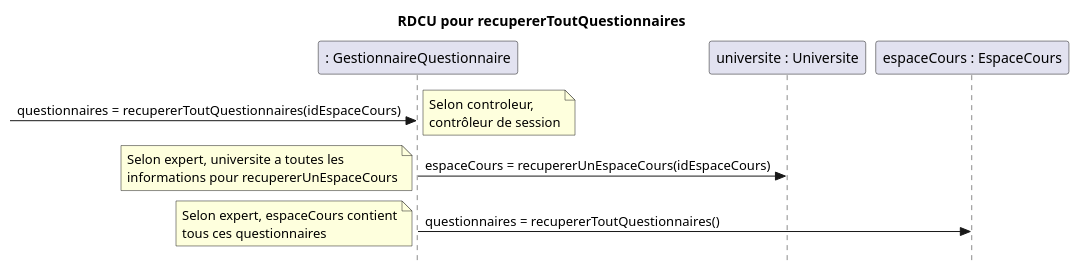
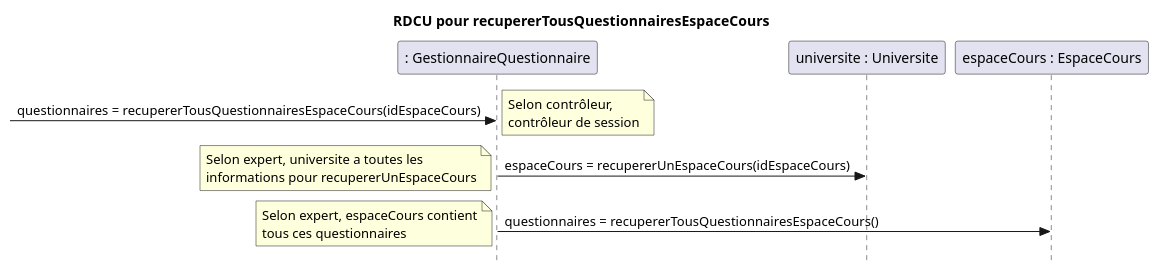
The first of 4 diagrams in docs/Ajouter questionnaire/RDCU_Ajouter_Questionnaire.puml (nerdz88/SGA-TS), drawn with PlantUML before and after one commit. The commit also changed other lines of this file and 11 other files, not shown here.

```diff
--- a/docs/Ajouter questionnaire/RDCU_Ajouter_Questionnaire.puml
+++ b/docs/Ajouter questionnaire/RDCU_Ajouter_Questionnaire.puml
@@ -1,14 +1,14 @@
 @startuml recupererToutQuestionnaires
 skinparam style strictuml
 skinparam defaultfontname Verdana
-title RDCU pour recupererToutQuestionnaires
+title RDCU pour recupererTousQuestionnairesEspaceCours
 participant ": GestionnaireQuestionnaire" as gestionnaireQuestion
 participant "universite : Universite" as universite
 participant "espaceCours : EspaceCours" as cours
--> gestionnaireQuestion : questionnaires = recupererToutQuestionnaires(idEspaceCours)
-note left : Selon controleur,\ncontrôleur de session
+-> gestionnaireQuestion : questionnaires = recupererTousQuestionnairesEspaceCours(idEspaceCours)
+note left : Selon contrôleur,\ncontrôleur de session
 gestionnaireQuestion -> universite : espaceCours = recupererUnEspaceCours(idEspaceCours)
 note left : Selon expert, universite a toutes les\ninformations pour recupererUnEspaceCours
-gestionnaireQuestion -> cours : questionnaires = recupererToutQuestionnaires()
+gestionnaireQuestion -> cours : questionnaires = recupererTousQuestionnairesEspaceCours()
 note left : Selon expert, espaceCours contient\ntous ces questionnaires
 @enduml
```
